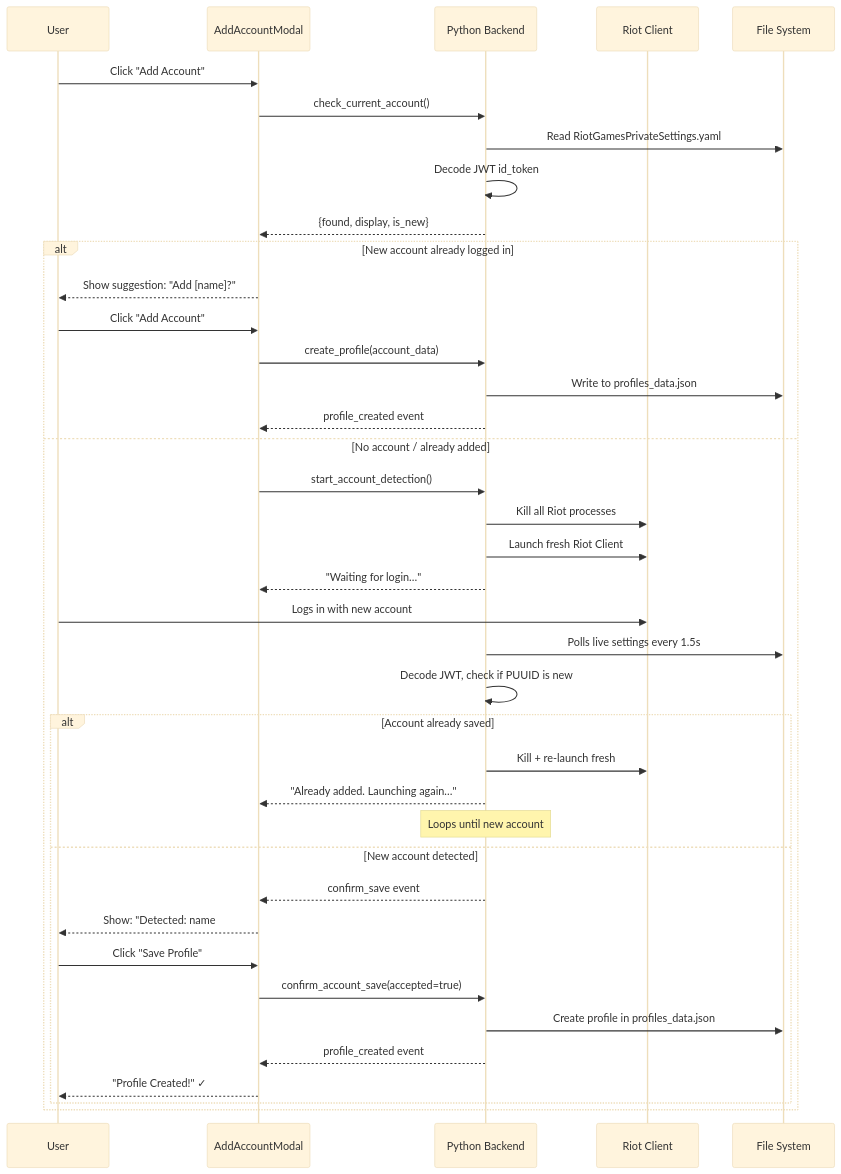
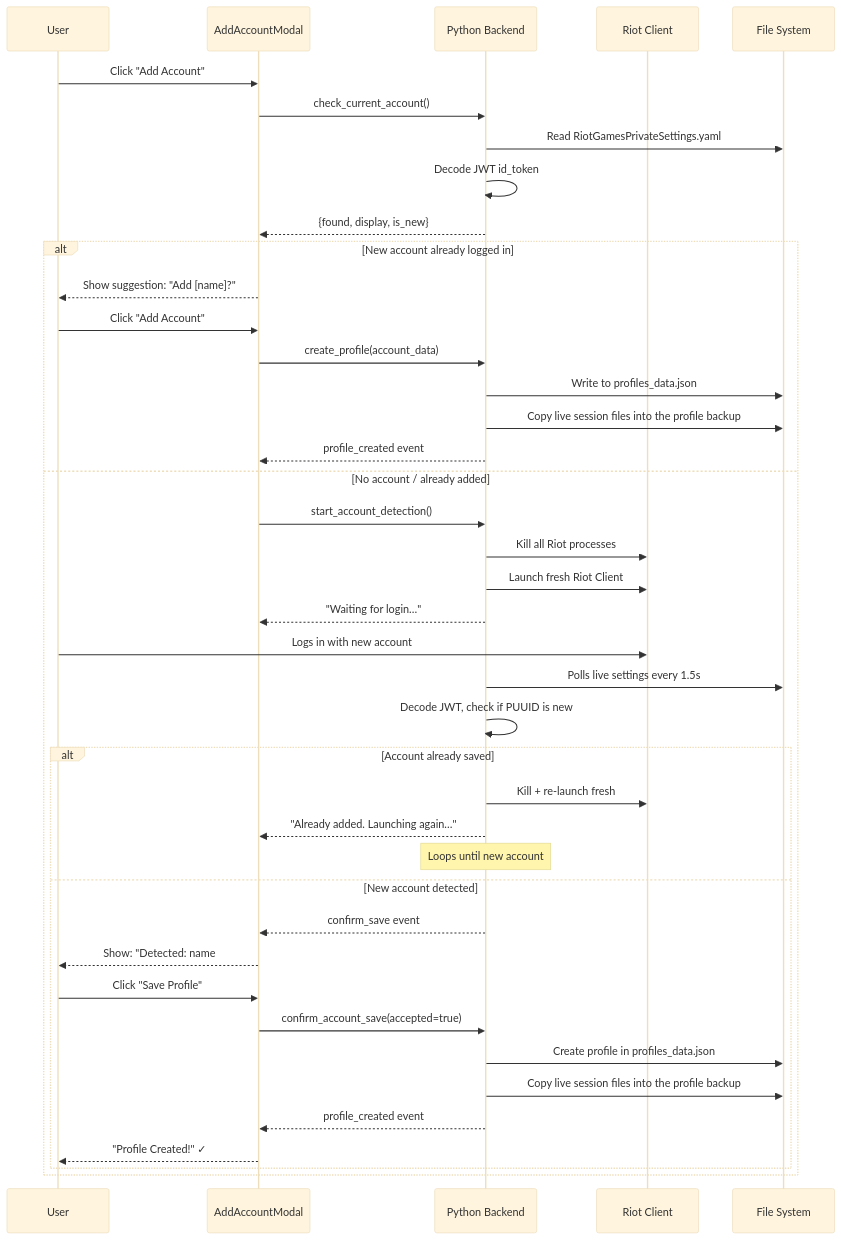
One commit to yassine808/assist changed the fourth of 11 diagrams in README.md. Above: the diagram before and after it, drawn with Mermaid (base theme). The commit also changed 13 other files, not shown here.

````diff
--- a/README.md
+++ b/README.md
@@ -218,45 +218,47 @@
 ```mermaid
 sequenceDiagram
     participant U as User
     participant UI as AddAccountModal
     participant BE as Python Backend
     participant RC as Riot Client
     participant FS as File System
 
     U->>UI: Click "Add Account"
     UI->>BE: check_current_account()
     BE->>FS: Read RiotGamesPrivateSettings.yaml
     BE->>BE: Decode JWT id_token
     BE-->>UI: {found, display, is_new}
 
     alt New account already logged in
         UI-->>U: Show suggestion: "Add [name]?"
         U->>UI: Click "Add Account"
         UI->>BE: create_profile(account_data)
         BE->>FS: Write to profiles_data.json
+        BE->>FS: Copy live session files into the profile backup
         BE-->>UI: profile_created event
     else No account / already added
         UI->>BE: start_account_detection()
         BE->>RC: Kill all Riot processes
         BE->>RC: Launch fresh Riot Client
         BE-->>UI: "Waiting for login…"
 
         U->>RC: Logs in with new account
         BE->>FS: Polls live settings every 1.5s
         BE->>BE: Decode JWT, check if PUUID is new
 
         alt Account already saved
             BE->>RC: Kill + re-launch fresh
             BE-->>UI: "Already added. Launching again…"
             Note over BE: Loops until new account
         else New account detected
             BE-->>UI: confirm_save event
             UI-->>U: Show: "Detected: name#tag"
             U->>UI: Click "Save Profile"
             UI->>BE: confirm_account_save(accepted=true)
             BE->>FS: Create profile in profiles_data.json
+            BE->>FS: Copy live session files into the profile backup
             BE-->>UI: profile_created event
             UI-->>U: "Profile Created!" ✓
         end
     end
 ```
````
